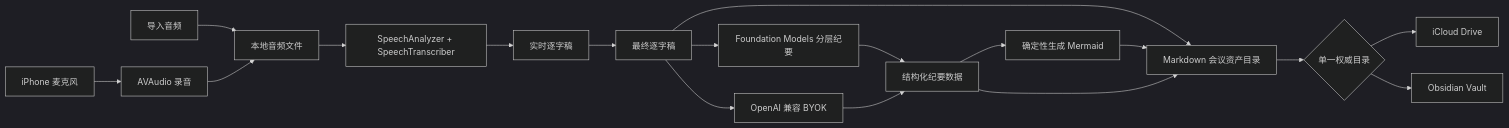
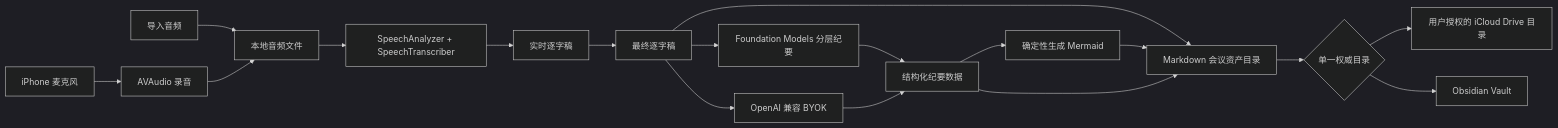
The diagram in docs/智能会议纪要_项目说明书.md (coolhwm/quill-vault), drawn with Mermaid (dark theme) before and after one commit. The commit also changed other lines of this file and 63 other files, not shown here.

````diff
--- a/docs/智能会议纪要_项目说明书.md
+++ b/docs/智能会议纪要_项目说明书.md
@@ -283,20 +282,20 @@
 ```mermaid
 flowchart LR
     MIC["iPhone 麦克风"] --> REC["AVAudio 录音"]
     FILE["导入音频"] --> AUDIO["本地音频文件"]
     REC --> AUDIO
     AUDIO --> ASR["SpeechAnalyzer + SpeechTranscriber"]
     ASR --> LIVE["实时逐字稿"]
     LIVE --> FINAL["最终逐字稿"]
     FINAL --> LOCAL["Foundation Models 分层纪要"]
     FINAL --> BYOK["OpenAI 兼容 BYOK"]
     LOCAL --> STRUCT["结构化纪要数据"]
     BYOK --> STRUCT
     STRUCT --> MERMAID["确定性生成 Mermaid"]
     FINAL --> STORE["Markdown 会议资产目录"]
     MERMAID --> STORE
     STRUCT --> STORE
     STORE --> CHOICE{"单一权威目录"}
-    CHOICE --> ICLOUD["iCloud Drive"]
+    CHOICE --> ICLOUD["用户授权的 iCloud Drive 目录"]
     CHOICE --> OBSIDIAN["Obsidian Vault"]
 ```
````
